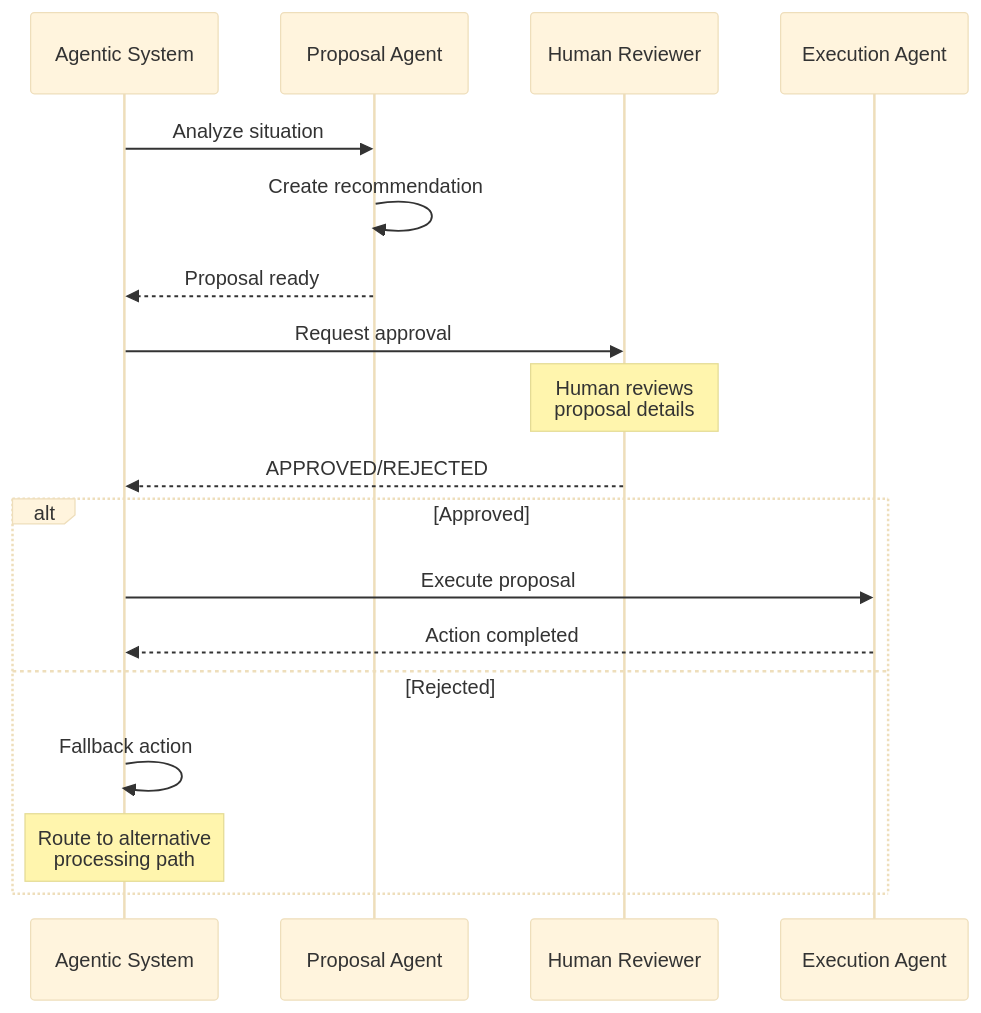
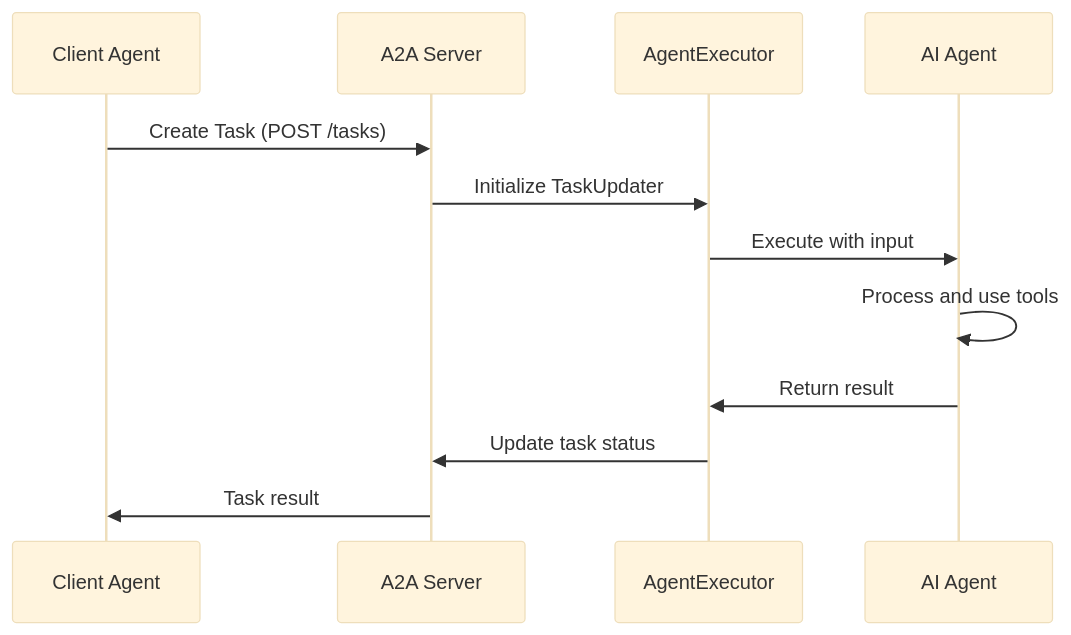
Before and after one commit to quarkusio/quarkus-workshop-langchain4j: the second of 4 diagrams in docs/docs/section-2/step-06.md, drawn with Mermaid (base theme). The commit also changed other lines of this file and 104 other files, not shown here.

````diff
--- a/docs/docs/section-2/step-06.md
+++ b/docs/docs/section-2/step-06.md
@@ -67,23 +106,15 @@
 ```mermaid
 sequenceDiagram
-    participant System as Agentic System
-    participant Proposal as Proposal Agent
-    participant Human as Human Reviewer
-    participant Execution as Execution Agent
+    participant Client as Client Agent
+    participant Server as A2A Server
+    participant Executor as AgentExecutor
+    participant AI as AI Agent
 
-    System->>Proposal: Analyze situation
-    Proposal->>Proposal: Create recommendation
-    Proposal-->>System: Proposal ready
-
-    System->>Human: Request approval
-    Note over Human: Human reviews<br/>proposal details
-    Human-->>System: APPROVED/REJECTED
-
-    alt Approved
-        System->>Execution: Execute proposal
-        Execution-->>System: Action completed
-    else Rejected
-        System->>System: Fallback action
-        Note over System: Route to alternative<br/>processing path
-    end
+    Client->>Server: Create Task (POST /tasks)
+    Server->>Executor: Initialize TaskUpdater
+    Executor->>AI: Execute with input
+    AI->>AI: Process and use tools
+    AI->>Executor: Return result
+    Executor->>Server: Update task status
+    Server->>Client: Task result
 ```
````
